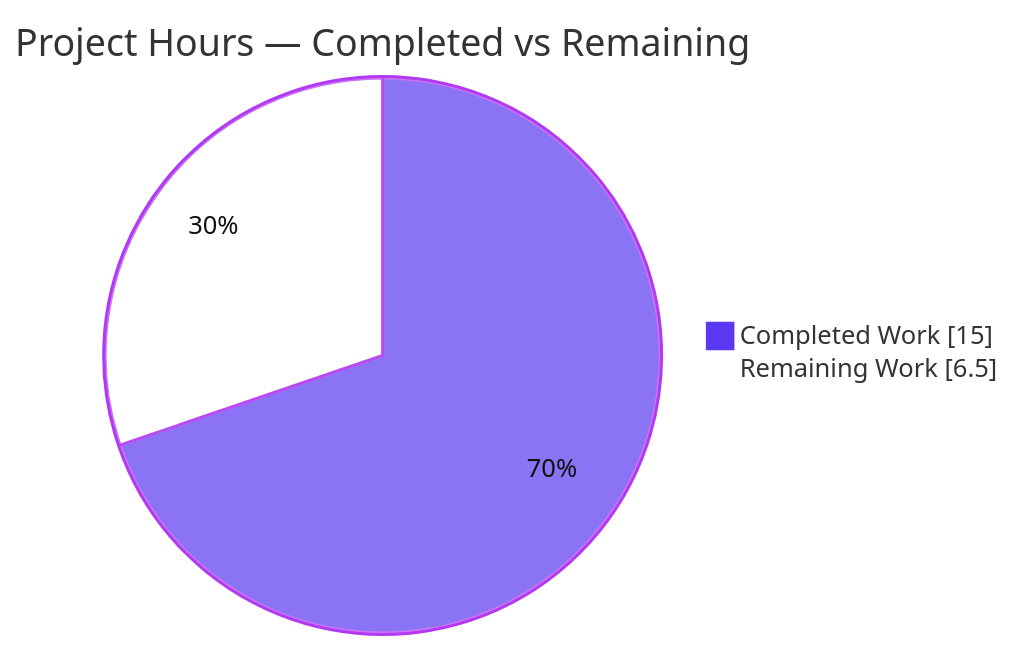
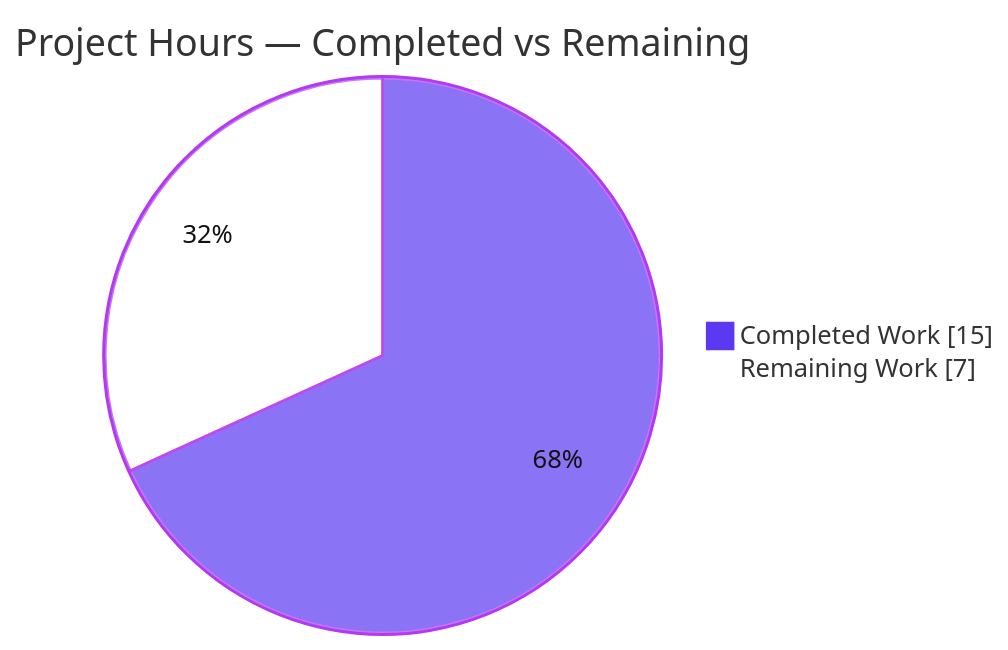
Before and after one commit to Sandeep02Kumar02/existing-projects-qa-test: the second of 4 diagrams in blitzy/documentation/Project Guide.md, drawn with Mermaid. The commit also changed other lines of this file, not shown here.

Commit message:
Adding Blitzy Project Guide: Project Status and Human Tasks Remaining

````diff
--- a/blitzy/documentation/Project Guide.md
+++ b/blitzy/documentation/Project Guide.md
@@ -261,6 +260,6 @@
 ```mermaid
 %%{init: {'theme':'base', 'themeVariables': {'pie1':'#5B39F3','pie2':'#FFFFFF','pieStrokeColor':'#B23AF2','pieOuterStrokeColor':'#B23AF2','pieSectionTextColor':'#111111','pieStrokeWidth':'2px'}}}%%
 pie showData title Project Hours — Completed vs Remaining
     "Completed Work" : 15
-    "Remaining Work" : 6.5
+    "Remaining Work" : 7
 ```
````
